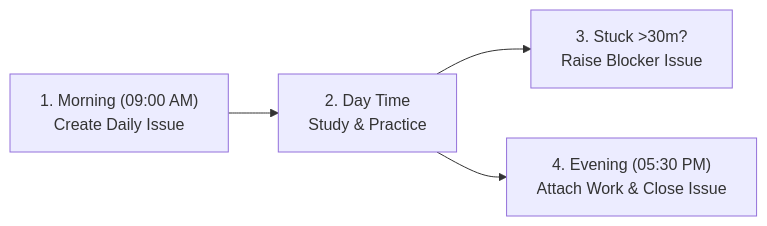
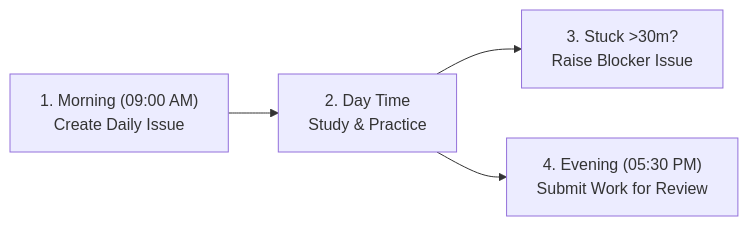
The diagram in guides/candidate-onboarding-instructions.md (sn8c29kyhh-star/seeker), drawn with Mermaid before and after one commit. The commit also changed other lines of this file and 24 other files, not shown here.

````diff
--- a/guides/candidate-onboarding-instructions.md
+++ b/guides/candidate-onboarding-instructions.md
@@ -50,6 +52,6 @@
 ```mermaid
 flowchart LR
     A["1. Morning (09:00 AM)<br>Create Daily Issue"] --> B["2. Day Time<br>Study & Practice"]
     B --> C["3. Stuck >30m?<br>Raise Blocker Issue"]
-    B --> D["4. Evening (05:30 PM)<br>Attach Work & Close Issue"]
+    B --> D["4. Evening (05:30 PM)<br>Submit Work for Review"]
 ```
````
